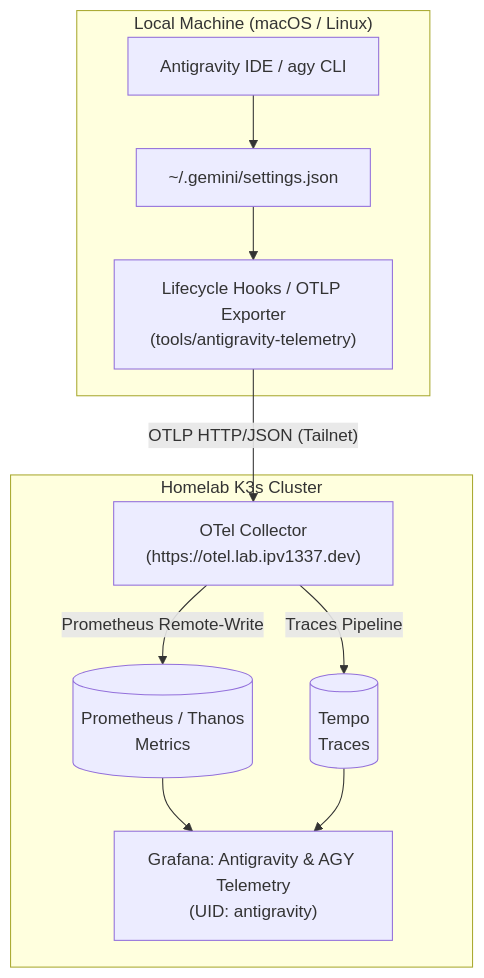
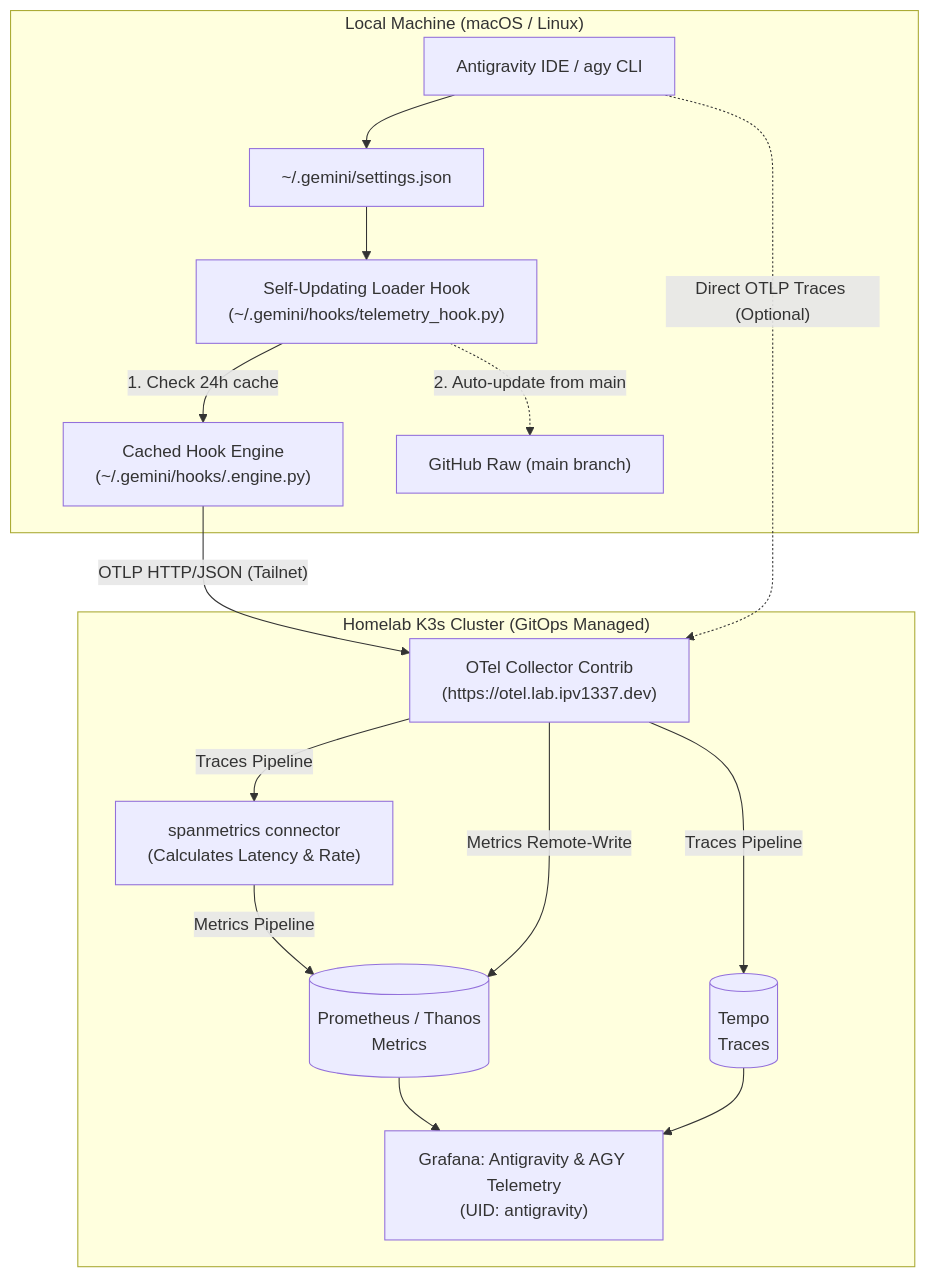
The first of 2 diagrams in docs/guides/antigravity-telemetry.md (VitruvianSoftware/vitruvian-core), drawn with Mermaid before and after one commit. The commit also changed other lines of this file and 6 other files, not shown here.

Commit message:
feat(telemetry): add server-side spanmetrics and self-updating remote loader hook (#2109)

````diff
--- a/docs/guides/antigravity-telemetry.md
+++ b/docs/guides/antigravity-telemetry.md
@@ -31,23 +31,31 @@
 ```mermaid
 flowchart TD
     subgraph Local["Local Machine (macOS / Linux)"]
         AGY["Antigravity IDE / agy CLI"]
-        Hooks["Lifecycle Hooks / OTLP Exporter<br/>(tools/antigravity-telemetry)"]
+        Loader["Self-Updating Loader Hook<br/>(~/.gemini/hooks/telemetry_hook.py)"]
+        Engine["Cached Hook Engine<br/>(~/.gemini/hooks/.engine.py)"]
         Settings["~/.gemini/settings.json"]
+        
         AGY --> Settings
-        Settings --> Hooks
+        Settings --> Loader
+        Loader -->|"1. Check 24h cache"| Engine
+        Loader -.->|"2. Auto-update from main"| GH["GitHub Raw (main branch)"]
     end
 
-    subgraph Homelab["Homelab K3s Cluster"]
-        OTel["OTel Collector<br/>(https://otel.lab.ipv1337.dev)"]
+    subgraph Homelab["Homelab K3s Cluster (GitOps Managed)"]
+        OTel["OTel Collector Contrib<br/>(https://otel.lab.ipv1337.dev)"]
+        SpanMetrics["spanmetrics connector<br/>(Calculates Latency & Rate)"]
         Tempo[("Tempo<br/>Traces")]
         Prom[("Prometheus / Thanos<br/>Metrics")]
         Grafana["Grafana: Antigravity & AGY Telemetry<br/>(UID: antigravity)"]
 
-        Hooks -->|"OTLP HTTP/JSON (Tailnet)"| OTel
+        Engine -->|"OTLP HTTP/JSON (Tailnet)"| OTel
+        AGY -.->|"Direct OTLP Traces (Optional)"| OTel
         OTel -->|"Traces Pipeline"| Tempo
-        OTel -->|"Prometheus Remote-Write"| Prom
+        OTel -->|"Traces Pipeline"| SpanMetrics
+        SpanMetrics -->|"Metrics Pipeline"| Prom
+        OTel -->|"Metrics Remote-Write"| Prom
         Prom --> Grafana
         Tempo --> Grafana
     end
 ```
````
